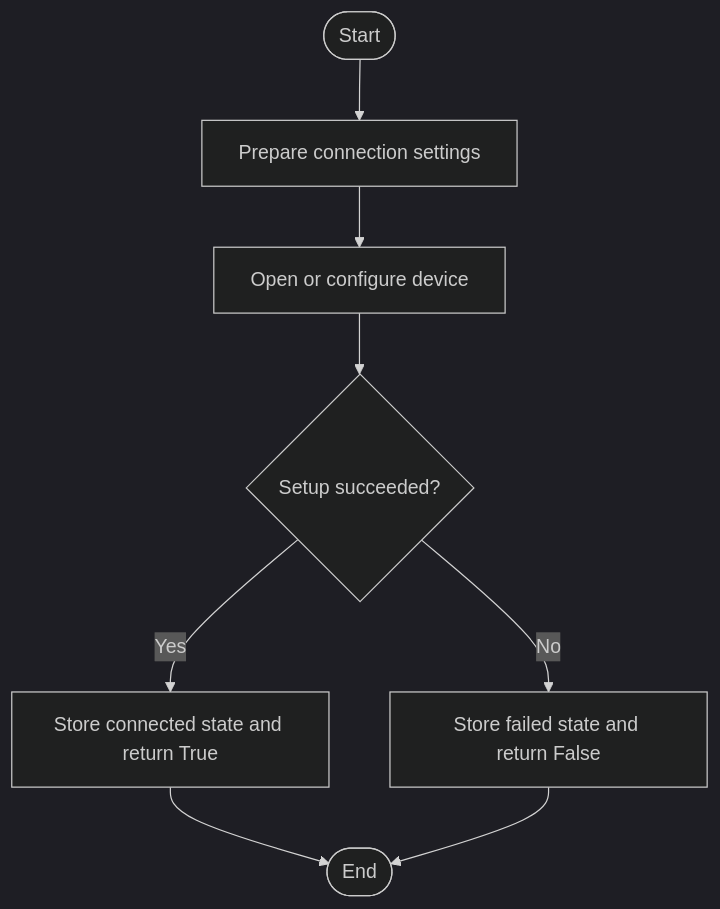
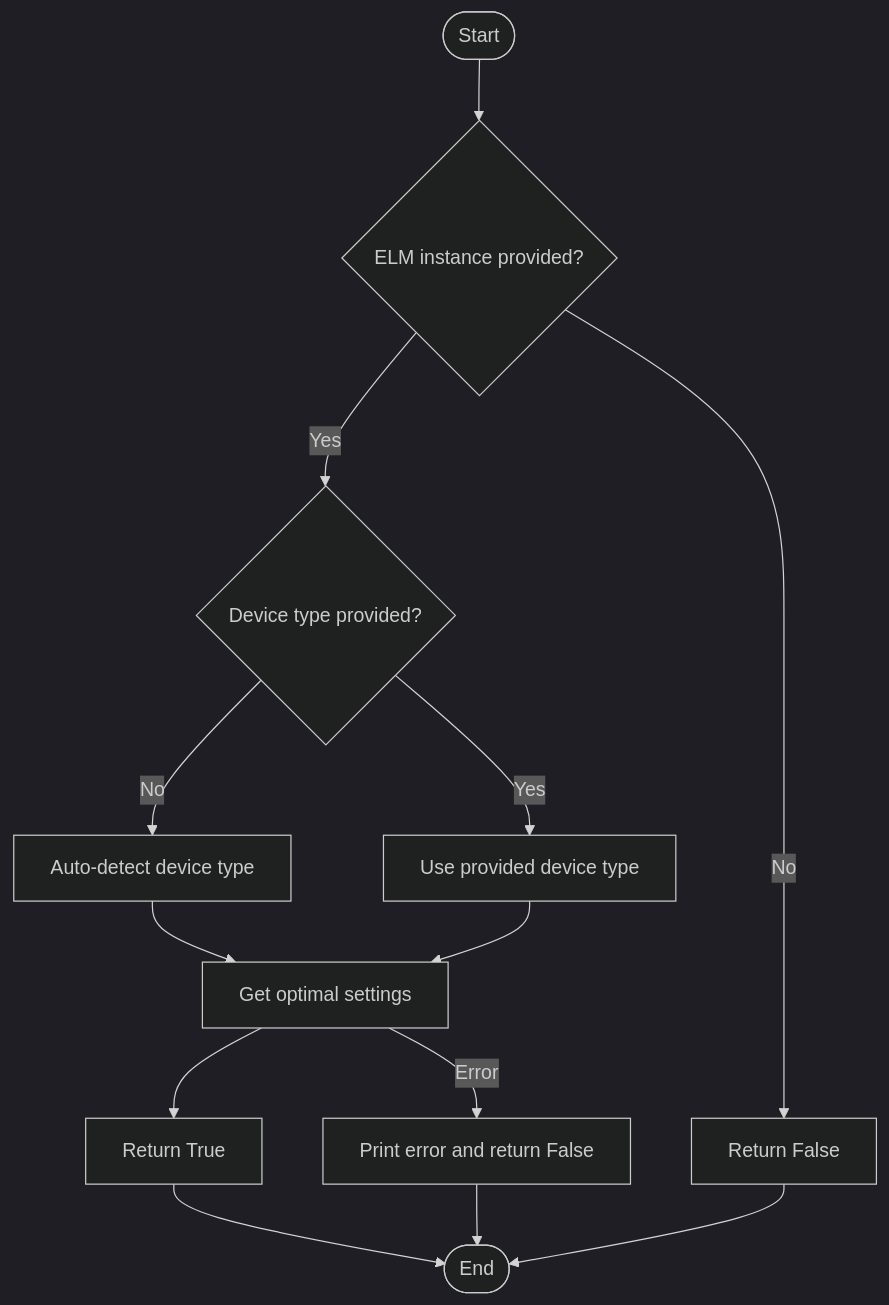
One commit to cedricp/ddt4all changed the first of 5 diagrams in documentation/ddt4all/core/elm/device_manager.md. Above: the diagram before and after it, drawn with Mermaid (dark theme). The commit also changed other lines of this file and 17 other files, not shown here.

````diff
--- a/documentation/ddt4all/core/elm/device_manager.md
+++ b/documentation/ddt4all/core/elm/device_manager.md
@@ -44,10 +33,15 @@
 ```mermaid
 flowchart TD
-    A([Start]) --> B[Prepare connection settings]
-    B --> C[Open or configure device]
-    C --> D{Setup succeeded?}
-    D -- Yes --> E[Store connected state and return True]
-    D -- No --> F[Store failed state and return False]
-    E --> G([End])
-    F --> G
+    A([Start]) --> B{ELM instance provided?}
+    B -- No --> Z[Return False]
+    B -- Yes --> C{Device type provided?}
+    C -- No --> D[Auto-detect device type]
+    C -- Yes --> E[Use provided device type]
+    D --> F[Get optimal settings]
+    E --> F
+    F --> H[Return True]
+    F -- Error --> Y[Print error and return False]
+    H --> I([End])
+    Y --> I
+    Z --> I
 ```
````
